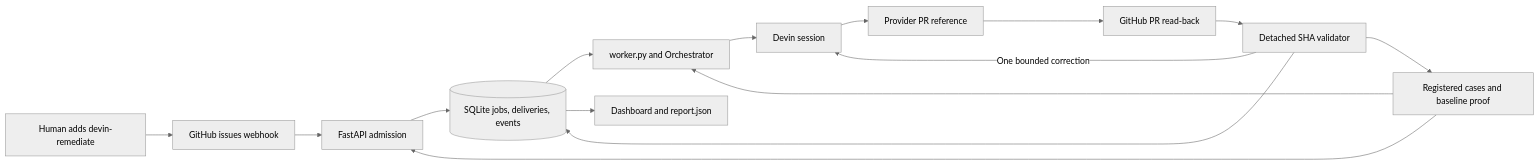
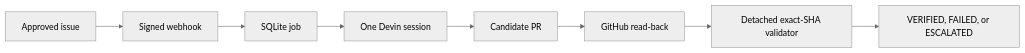
The diagram in docs/app-walkthrough.md (dheeraj5612/devin-remediation-platform), drawn with Mermaid (neutral theme) before and after one commit. The commit also changed other lines of this file and 1 other file, not shown here.

```diff
--- a/docs/app-walkthrough.md
+++ b/docs/app-walkthrough.md
@@ -45,17 +39,10 @@
 ~~~mermaid
 flowchart LR
-    H[Human adds devin-remediate] --> G[GitHub issues webhook]
-    G --> A[FastAPI admission]
-    A --> DB[(SQLite jobs, deliveries, events)]
-    DB --> O[worker.py and Orchestrator]
-    O --> D[Devin session]
-    D --> P[Provider PR reference]
-    P --> GH[GitHub PR read-back]
-    GH --> V[Detached SHA validator]
-    V --> DB
-    DB --> UI[Dashboard and report.json]
-    R[Registered cases and baseline proof] --> A
-    R --> O
-    V --> R
-    V -->|One bounded correction| D
+    H[Approved issue] --> W[Signed webhook]
+    W --> S[SQLite job]
+    S --> D[One Devin session]
+    D --> P[Candidate PR]
+    P --> R[GitHub read-back]
+    R --> V[Detached exact-SHA validator]
+    V --> Q[VERIFIED, FAILED, or ESCALATED]
 ~~~
```
